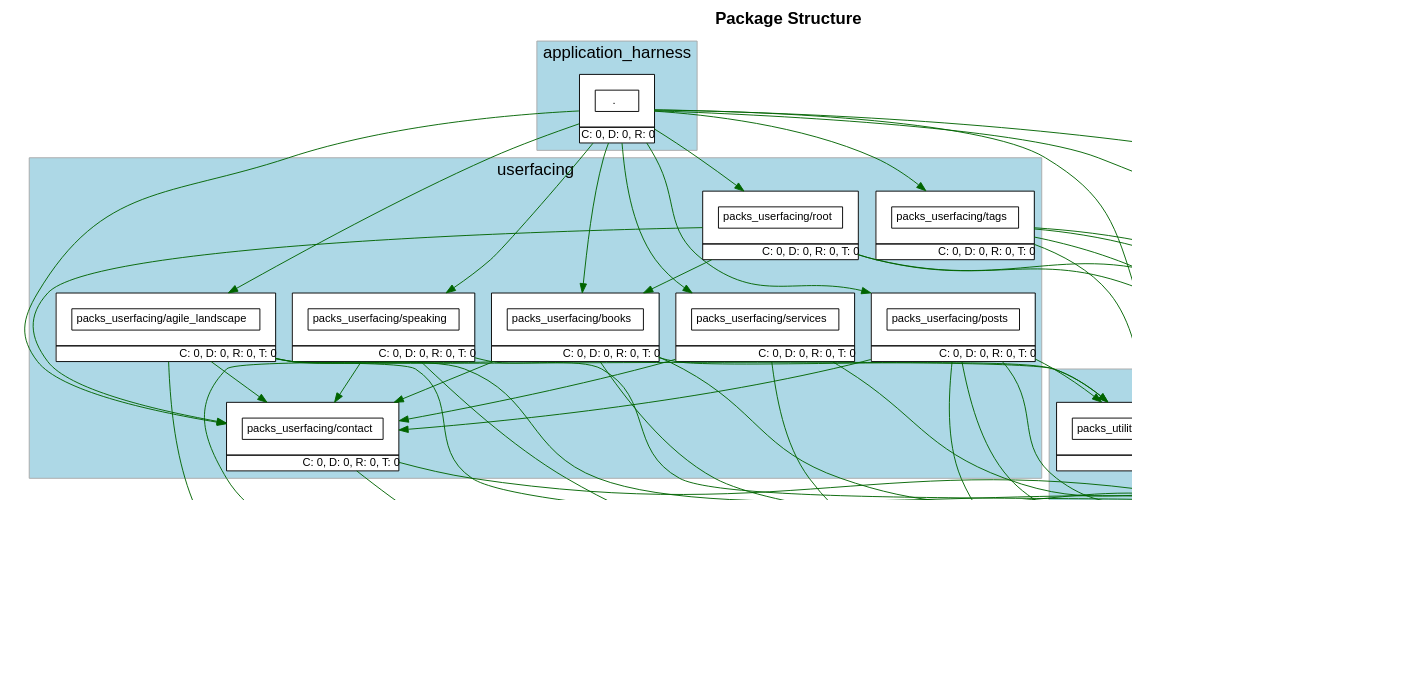
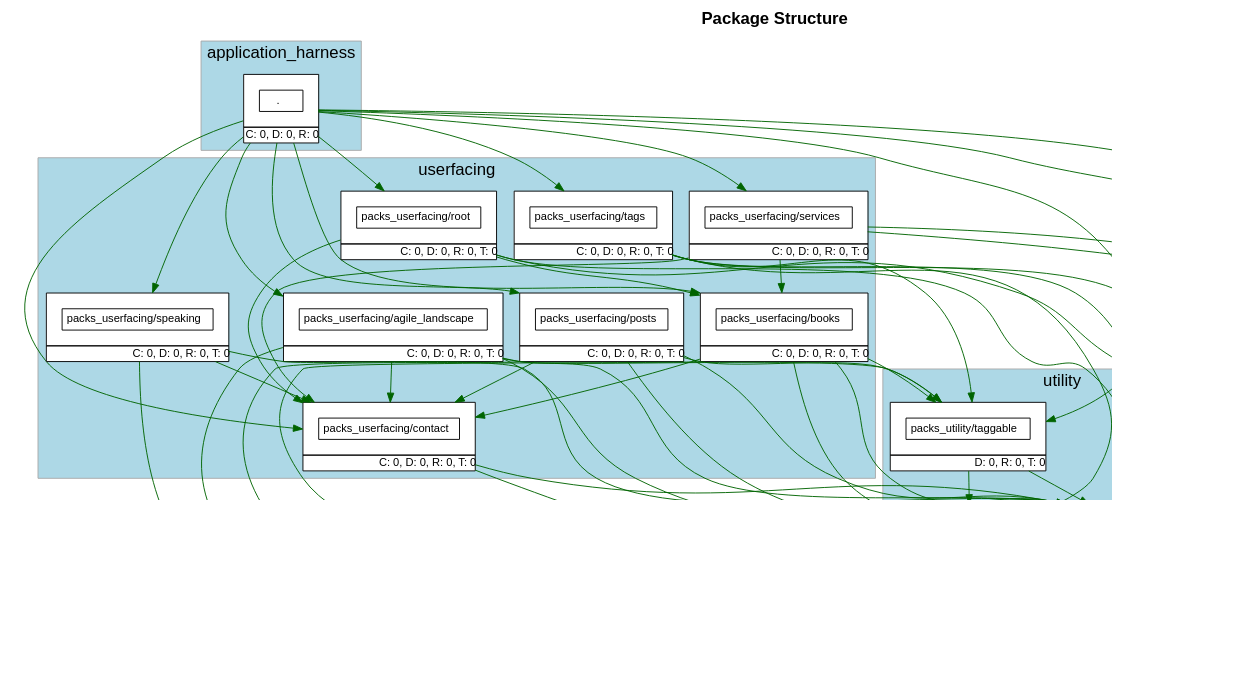
Before and after one commit to shageman/stephanhagemann.com: the diagram in packs.dot, drawn with Graphviz. The commit also changed 2 other files, not shown here.

Commit message:
Use books API in services pack

```diff
--- a/packs.dot
+++ b/packs.dot
@@ -290,6 +290,7 @@
           "packs_userfacing/root" -> "packs_userfacing/contact" [ color=darkgreen ]
           "packs_userfacing/root" -> "packs_utility/rails_shims" [ color=darkgreen ]
           "packs_userfacing/root" -> "packs_utility/routable" [ color=darkgreen ]
+          "packs_userfacing/services" -> "packs_userfacing/books" [ color=darkgreen ]
           "packs_userfacing/services" -> "packs_userfacing/contact" [ color=darkgreen ]
           "packs_userfacing/services" -> "packs_utility/rails_shims" [ color=darkgreen ]
           "packs_userfacing/services" -> "packs_utility/routable" [ color=darkgreen ]
```
